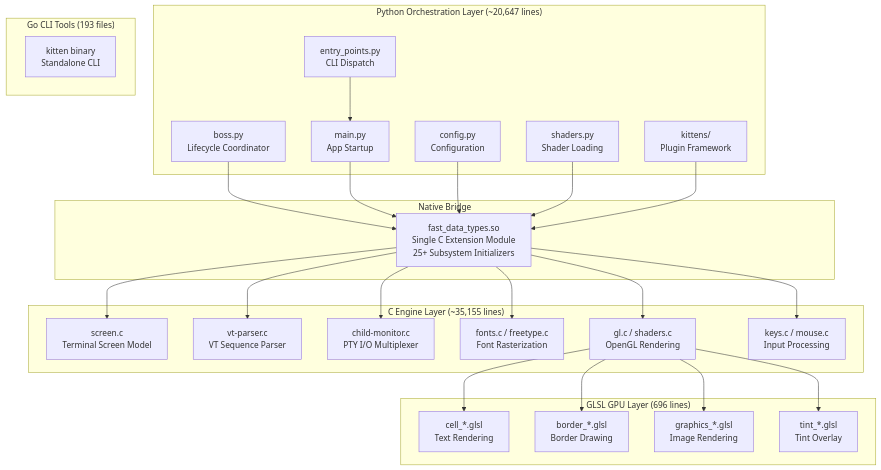
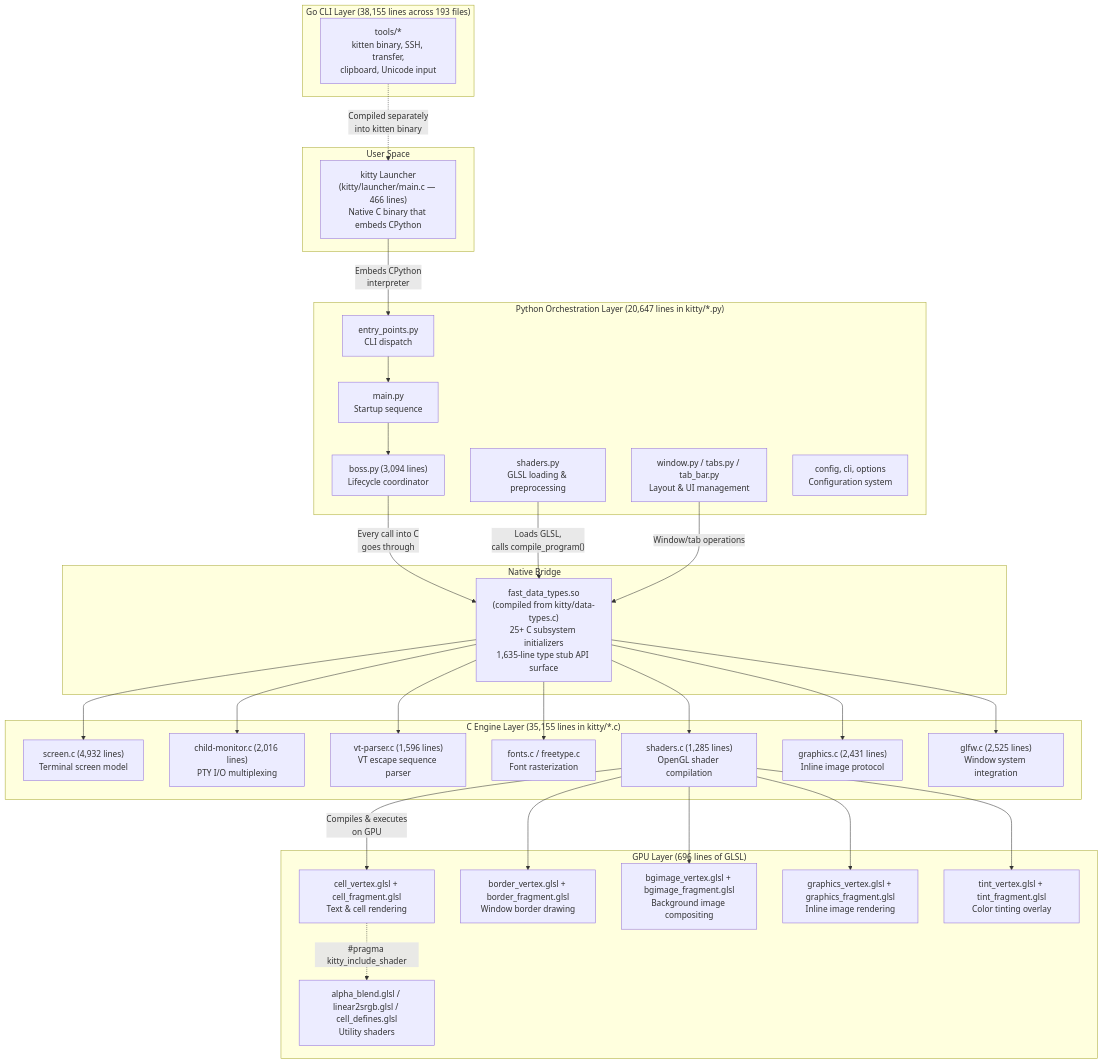
One commit to blitzy-research/kitty changed the first of 5 diagrams in blitzy/documentation/kitty_815df1e210e0.md. Above: the diagram before and after it, drawn with Mermaid. The commit also changed other lines of this file, not shown here.

First line of the commit message:
Create comprehensive architecture exploration document answering five Q&A questions about kitty's language roles, shader centrality, native bridge, and kittens modularity

````diff
--- a/blitzy/documentation/kitty_815df1e210e0.md
+++ b/blitzy/documentation/kitty_815df1e210e0.md
@@ -94,54 +50,63 @@
 ```mermaid
 graph TB
-    subgraph "Python Orchestration Layer (~20,647 lines)"
-        boss["boss.py<br/>Lifecycle Coordinator"]
-        main_py["main.py<br/>App Startup"]
-        config["config.py<br/>Configuration"]
-        shaders_py["shaders.py<br/>Shader Loading"]
-        kittens["kittens/<br/>Plugin Framework"]
-        entry["entry_points.py<br/>CLI Dispatch"]
+    subgraph "User Space"
+        A["kitty Launcher<br/>(kitty/launcher/main.c — 466 lines)<br/>Native C binary that embeds CPython"]
+    end
+
+    subgraph "Python Orchestration Layer (20,647 lines in kitty/*.py)"
+        B["entry_points.py<br/>CLI dispatch"]
+        C["boss.py (3,094 lines)<br/>Lifecycle coordinator"]
+        D["main.py<br/>Startup sequence"]
+        E["shaders.py<br/>GLSL loading & preprocessing"]
+        F["window.py / tabs.py / tab_bar.py<br/>Layout & UI management"]
+        G["config, cli, options<br/>Configuration system"]
     end
 
     subgraph "Native Bridge"
-        fdt["fast_data_types.so<br/>Single C Extension Module<br/>25+ Subsystem Initializers"]
+        H["fast_data_types.so<br/>(compiled from kitty/data-types.c)<br/>25+ C subsystem initializers<br/>1,635-line type stub API surface"]
     end
 
-    subgraph "C Engine Layer (~35,155 lines)"
-        screen["screen.c<br/>Terminal Screen Model"]
-        vt["vt-parser.c<br/>VT Sequence Parser"]
-        child_mon["child-monitor.c<br/>PTY I/O Multiplexer"]
-        fonts["fonts.c / freetype.c<br/>Font Rasterization"]
-        gl["gl.c / shaders.c<br/>OpenGL Rendering"]
-        keys["keys.c / mouse.c<br/>Input Processing"]
+    subgraph "C Engine Layer (35,155 lines in kitty/*.c)"
+        I["screen.c (4,932 lines)<br/>Terminal screen model"]
+        J["child-monitor.c (2,016 lines)<br/>PTY I/O multiplexing"]
+        K["vt-parser.c (1,596 lines)<br/>VT escape sequence parser"]
+        L["fonts.c / freetype.c<br/>Font rasterization"]
+        M["shaders.c (1,285 lines)<br/>OpenGL shader compilation"]
+        N["graphics.c (2,431 lines)<br/>Inline image protocol"]
+        O["glfw.c (2,525 lines)<br/>Window system integration"]
     end
 
-    subgraph "GLSL GPU Layer (696 lines)"
-        cell_shader["cell_*.glsl<br/>Text Rendering"]
-        border_shader["border_*.glsl<br/>Border Drawing"]
-        graphics_shader["graphics_*.glsl<br/>Image Rendering"]
-        tint_shader["tint_*.glsl<br/>Tint Overlay"]
+    subgraph "GPU Layer (696 lines of GLSL)"
+        P["cell_vertex.glsl + cell_fragment.glsl<br/>Text & cell rendering"]
+        Q["border_vertex.glsl + border_fragment.glsl<br/>Window border drawing"]
+        R["bgimage_vertex.glsl + bgimage_fragment.glsl<br/>Background image compositing"]
+        S["graphics_vertex.glsl + graphics_fragment.glsl<br/>Inline image rendering"]
+        T["tint_vertex.glsl + tint_fragment.glsl<br/>Color tinting overlay"]
+        U["alpha_blend.glsl / linear2srgb.glsl / cell_defines.glsl<br/>Utility shaders"]
     end
 
-    subgraph "Go CLI Tools (193 files)"
-        go_binary["kitten binary<br/>Standalone CLI"]
+    subgraph "Go CLI Layer (38,155 lines across 193 files)"
+        V["tools/*<br/>kitten binary, SSH, transfer,<br/>clipboard, Unicode input"]
     end
 
-    boss --> fdt
-    main_py --> fdt
-    config --> fdt
-    shaders_py --> fdt
-    kittens --> fdt
-    entry --> main_py
-
-    fdt --> screen
-    fdt --> vt
-    fdt --> child_mon
-    fdt --> fonts
-    fdt --> gl
-    fdt --> keys
-
-    gl --> cell_shader
-    gl --> border_shader
-    gl --> graphics_shader
-    gl --> tint_shader
+    A -->|"Embeds CPython<br/>interpreter"| B
+    B --> D
+    D --> C
+    C -->|"Every call into C<br/>goes through"| H
+    E -->|"Loads GLSL,<br/>calls compile_program()"| H
+    F -->|"Window/tab operations"| H
+    H --> I
+    H --> J
+    H --> K
+    H --> L
+    H --> M
+    H --> N
+    H --> O
+    M -->|"Compiles & executes<br/>on GPU"| P
+    M --> Q
+    M --> R
+    M --> S
+    M --> T
+    P -.->|"#pragma kitty_include_shader"| U
+    V -.->|"Compiled separately<br/>into kitten binary"| A
 ```
````
